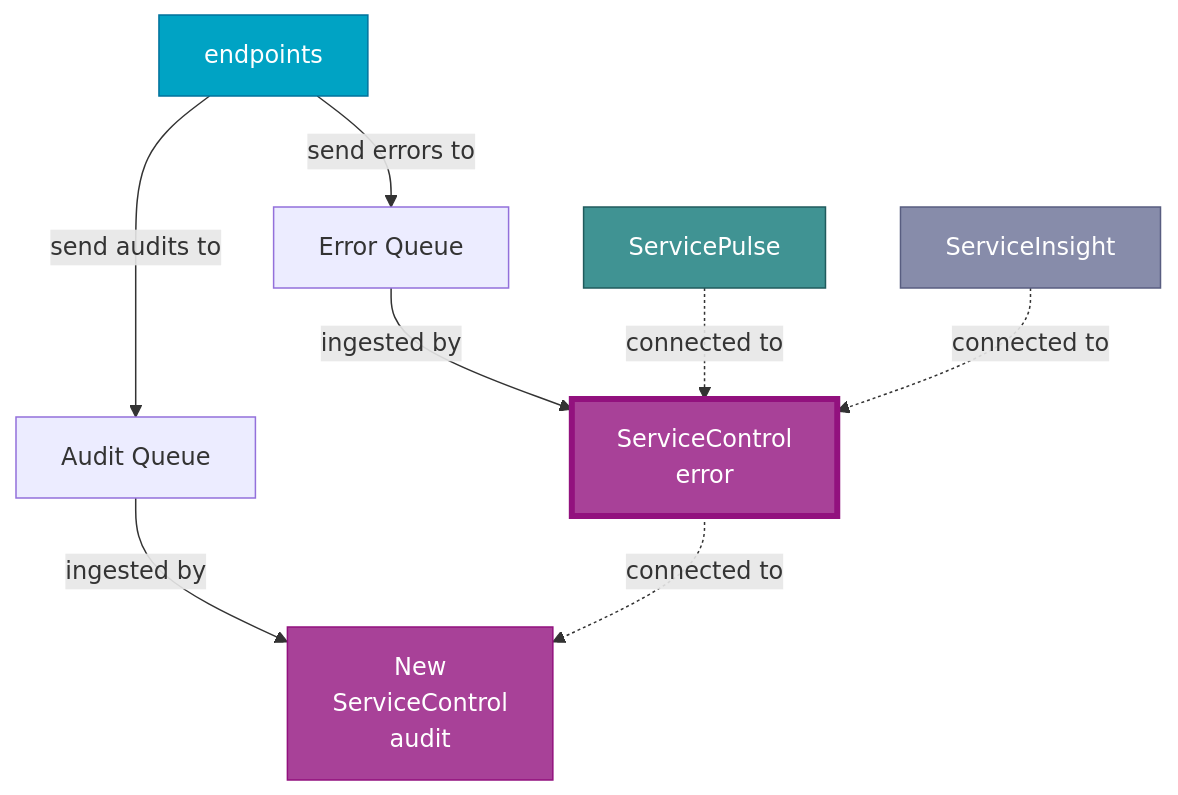
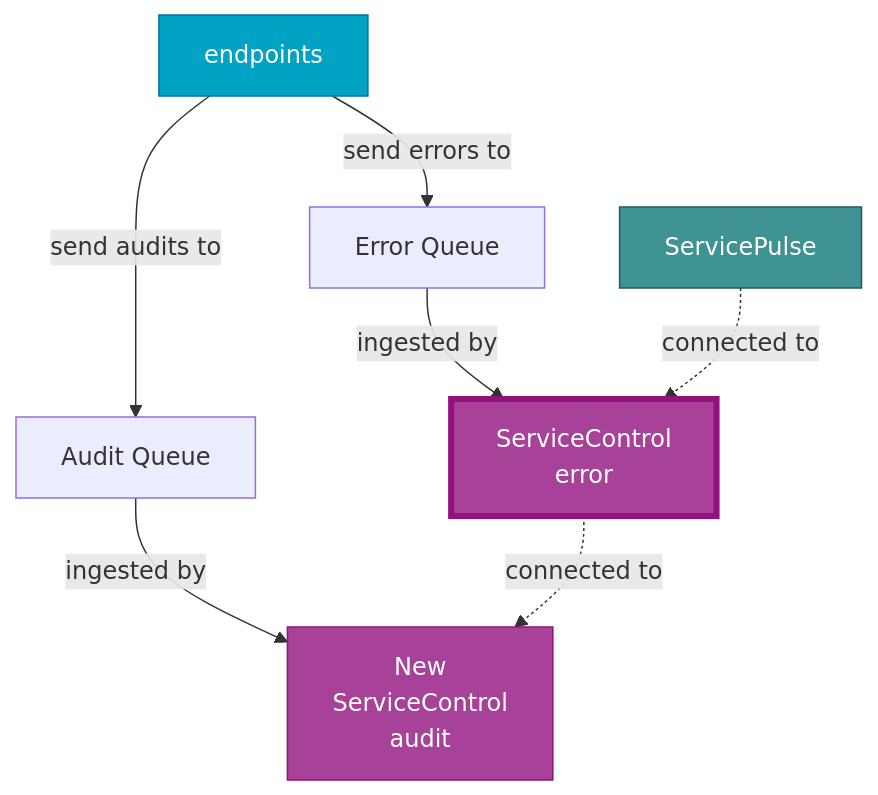
The fourth of 4 diagrams in servicecontrol/migrations/replacing-audit-instances/index.md (Particular/docs.particular.net), drawn with Mermaid before and after one commit. The commit also changed other lines of this file and 22 other files, not shown here.

First line of the commit message:
Remove ServiceInsight from /transports, /servicepulse and /servicecontrol docs (#7979)

````diff
--- a/servicecontrol/migrations/replacing-audit-instances/index.md
+++ b/servicecontrol/migrations/replacing-audit-instances/index.md
@@ -154,22 +145,19 @@
 ```mermaid
 graph TD
 endpoints -- send errors to --> errorQ[Error Queue]
 endpoints -- send audits to --> auditQ[Audit Queue]
 errorQ -- ingested by --> sc[ServiceControl<br/>error]
 auditQ -- ingested by --> sca2[New<br/>ServiceControl<br/>audit]
 sc -. connected to .-> sca2
 sp[ServicePulse] -. connected to .-> sc
-si[ServiceInsight] -. connected to .-> sc
 
 classDef Endpoints fill:#00A3C4,stroke:#00729C,color:#FFFFFF
-classDef ServiceInsight fill:#878CAA,stroke:#585D80,color:#FFFFFF
 classDef ServicePulse fill:#409393,stroke:#205B5D,color:#FFFFFF
 classDef ServiceControlError fill:#A84198,stroke:#92117E,color:#FFFFFF,stroke-width:4px
 classDef ServiceControlRemote fill:#A84198,stroke:#92117E,color:#FFFFFF
 
 class endpoints Endpoints
-class si ServiceInsight
 class sp ServicePulse
 class sc ServiceControlError
 class sca2 ServiceControlRemote
 ```
````
